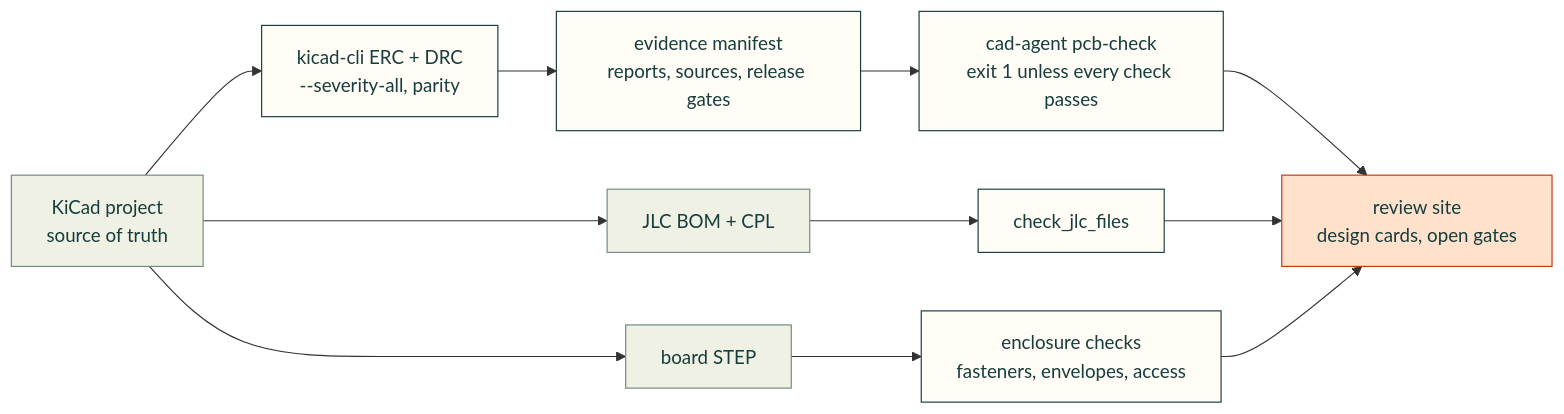
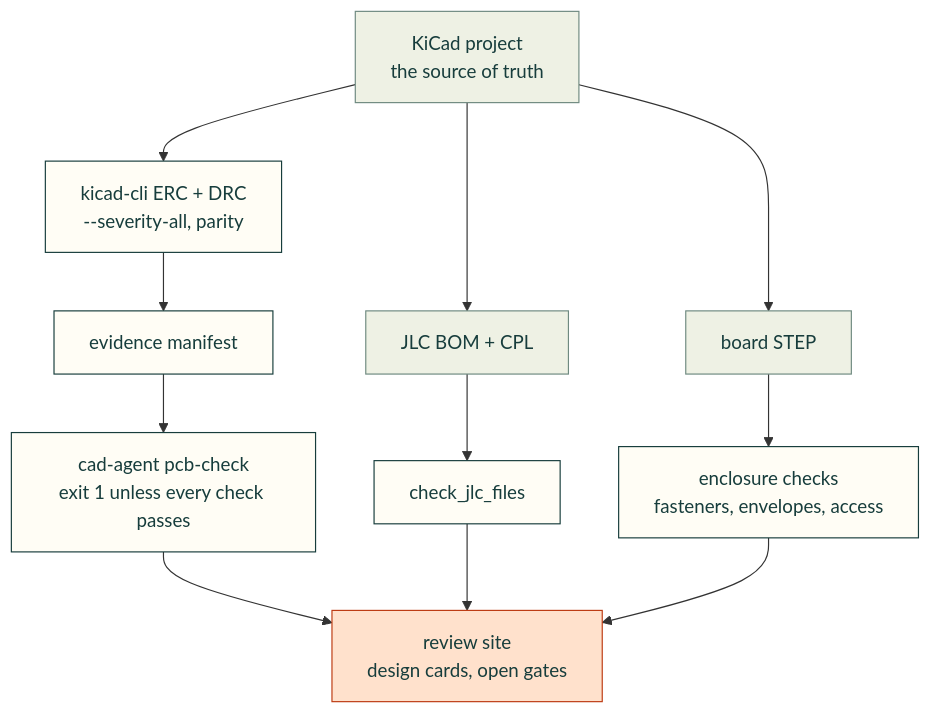
One commit to Valpatel/cad-agent changed the diagram in docs/pcb.md. Above: the diagram before and after it, drawn with Mermaid. The commit also changed 14 other files, not shown here.

First line of the commit message:
Docs diagrams: top-down so they fit the article column; chart shows the error's size from zero

````diff
--- a/docs/pcb.md
+++ b/docs/pcb.md
@@ -5,15 +5,16 @@
 ```mermaid
-flowchart LR
-    K["KiCad project<br/>source of truth"] --> E["kicad-cli ERC + DRC<br/>--severity-all, parity"]
-    E --> M["evidence manifest<br/>reports, sources, release gates"]
-    M --> C["cad-agent pcb-check<br/>exit 1 unless every check passes"]
-    K --> J["JLC BOM + CPL"] --> JC["check_jlc_files"]
-    K --> S["board STEP"] --> En["enclosure checks<br/>fasteners, envelopes, access"]
+flowchart TD
+    K["KiCad project<br/>the source of truth"] --> E["kicad-cli ERC + DRC<br/>--severity-all, parity"]
+    K --> J["JLC BOM + CPL"]
+    K --> S["board STEP"]
+    E --> M["evidence manifest"] --> C["cad-agent pcb-check<br/>exit 1 unless every check passes"]
+    J --> JC["check_jlc_files"]
+    S --> En["enclosure checks<br/>fasteners, envelopes, access"]
     C & JC & En --> R["review site<br/>design cards, open gates"]
     classDef here fill:#fffdf5,stroke:#173d3c,color:#173d3c
     classDef near fill:#eef1e4,stroke:#6f8a80,color:#173d3c
     classDef out fill:#ffe1cc,stroke:#bd3a12,color:#173d3c
     class E,M,C,JC,En here
     class K,J,S near
     class R out
 ```
````
